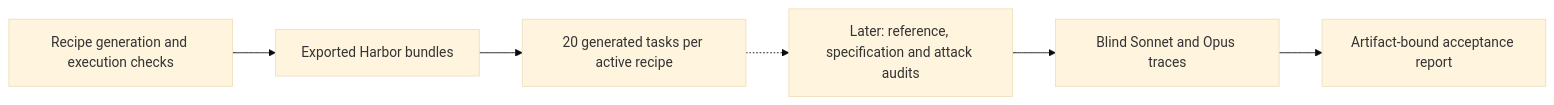
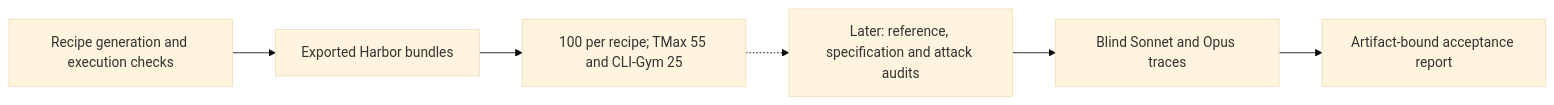
The third of 3 diagrams in docs/pipelines/owned_recipes.md (huggingface/Repo2RLEnv), drawn with Mermaid (base theme) before and after one commit. The commit also changed other lines of this file and 38 other files, not shown here.

````diff
--- a/docs/pipelines/owned_recipes.md
+++ b/docs/pipelines/owned_recipes.md
@@ -185,8 +189,8 @@
 ```mermaid
 flowchart LR
   G["Recipe generation and execution checks"] --> H["Exported Harbor bundles"]
-  H --> M["20 generated tasks per active recipe"]
+  H --> M["100 per recipe; TMax 55 and CLI-Gym 25"]
   M -.-> Q["Later: reference, specification and attack audits"]
   Q --> R["Blind Sonnet and Opus traces"]
   R --> A["Artifact-bound acceptance report"]
 ```
````
